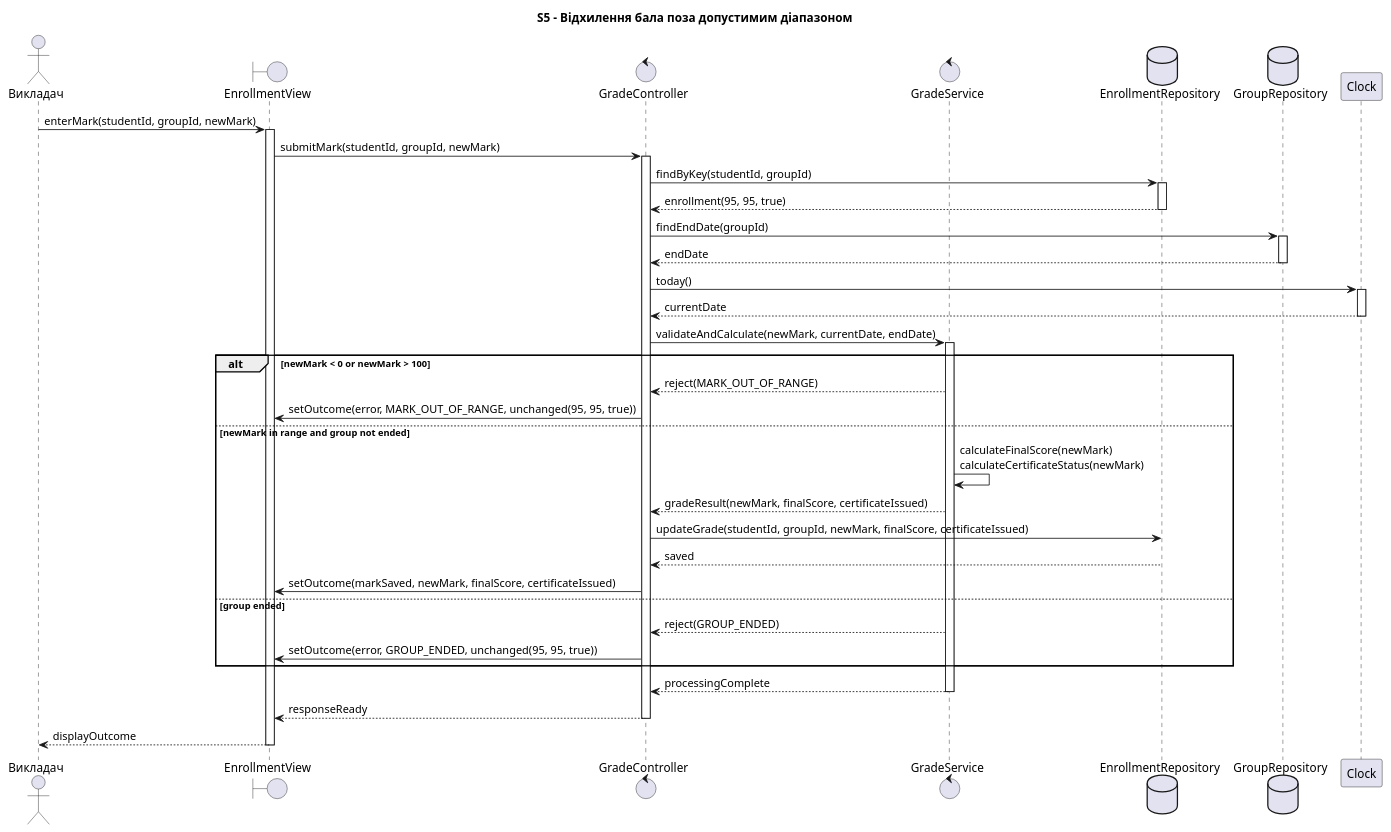
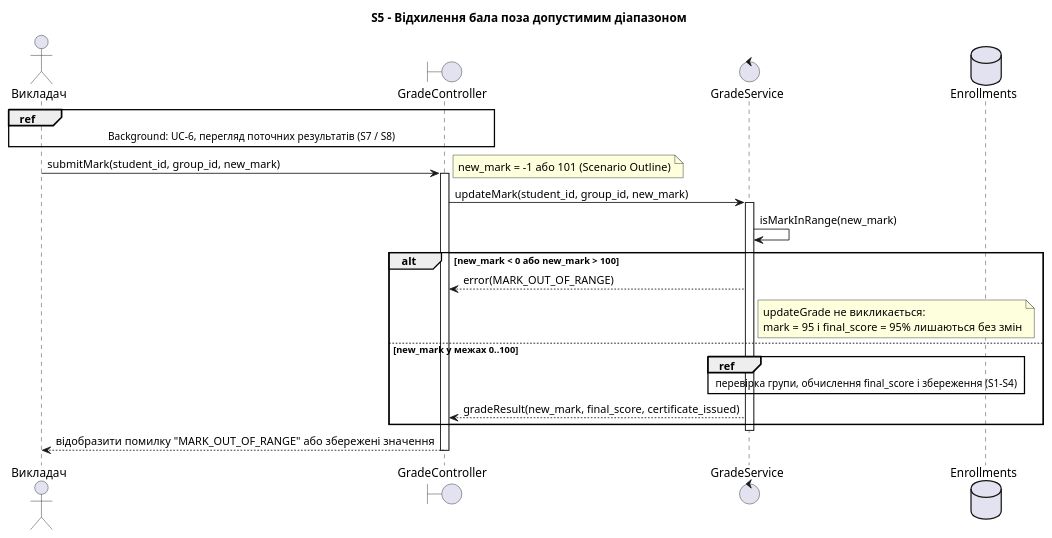
Before and after one commit to ka1tya/KPI: the fifth of 8 diagrams in lab3/sequence-diagrams.puml, drawn with PlantUML. The commit also changed other lines of this file and 1 other file, not shown here.

Commit message:
Виправлено форматування коду sequence-діаграм, а саме змінено назви учасників, щоб вони краще відповідали моделі системи, та додано тип для final_score (відсоток), як це також зазначено в моделі. Також було додано файл spec.md з описом сценаріїв, які відповідають оновленим діаграмам

```diff
--- a/lab3/sequence-diagrams.puml
+++ b/lab3/sequence-diagrams.puml
@@ -133,35 +185,28 @@
 @startuml S5
  title S5 - Відхилення бала поза допустимим діапазоном
+
  actor "Викладач" as Teacher
- boundary "EnrollmentView" as View
- control "GradeController" as Controller
+ boundary "GradeController" as Controller
  control "GradeService" as GradeService
- database "EnrollmentRepository" as EnrollmentRepo
- database "GroupRepository" as GroupRepo
- participant "Clock" as Clock
- Teacher -> View ++: enterMark(studentId, groupId, newMark)
- View -> Controller ++: submitMark(studentId, groupId, newMark)
- Controller -> EnrollmentRepo ++: findByKey(studentId, groupId)
- EnrollmentRepo --> Controller --: enrollment(95, 95, true)
- Controller -> GroupRepo ++: findEndDate(groupId)
- GroupRepo --> Controller --: endDate
- Controller -> Clock ++: today()
- Clock --> Controller --: currentDate
- Controller -> GradeService ++: validateAndCalculate(newMark, currentDate, endDate)
- alt newMark < 0 or newMark > 100
-   GradeService --> Controller: reject(MARK_OUT_OF_RANGE)
-  Controller -> View: setOutcome(error, MARK_OUT_OF_RANGE, unchanged(95, 95, true))
- else newMark in range and group not ended
-   GradeService -> GradeService: calculateFinalScore(newMark)\ncalculateCertificateStatus(newMark)
-   GradeService --> Controller: gradeResult(newMark, finalScore, certificateIssued)
-   Controller -> EnrollmentRepo: updateGrade(studentId, groupId, newMark, finalScore, certificateIssued)
-   EnrollmentRepo --> Controller: saved
-  Controller -> View: setOutcome(markSaved, newMark, finalScore, certificateIssued)
- else group ended
-   GradeService --> Controller: reject(GROUP_ENDED)
-  Controller -> View: setOutcome(error, GROUP_ENDED, unchanged(95, 95, true))
+ database "Enrollments" as Enrollments
+ 
+ ref over Teacher, Controller : Background: UC-6, перегляд поточних результатів (S7 / S8)
+
+ Teacher -> Controller : submitMark(student_id, group_id, new_mark)
+ note right : new_mark = -1 або 101 (Scenario Outline)
+ activate Controller
+ Controller -> GradeService : updateMark(student_id, group_id, new_mark)
+ activate GradeService
+
+ GradeService -> GradeService : isMarkInRange(new_mark)
+ alt new_mark < 0 або new_mark > 100
+   GradeService --> Controller : error(MARK_OUT_OF_RANGE)
+   note right of GradeService : updateGrade не викликається:\nmark = 95 і final_score = 95% лишаються без змін
+ else new_mark у межах 0..100
+   ref over GradeService, Enrollments : перевірка групи, обчислення final_score і збереження (S1-S4)
+   GradeService --> Controller : gradeResult(new_mark, final_score, certificate_issued)
  end
- GradeService --> Controller --: processingComplete
- Controller --> View --: responseReady
- View --> Teacher --: displayOutcome
+ deactivate GradeService
+ Controller --> Teacher : відобразити помилку "MARK_OUT_OF_RANGE" або збережені значення
+ deactivate Controller
 @enduml
```
